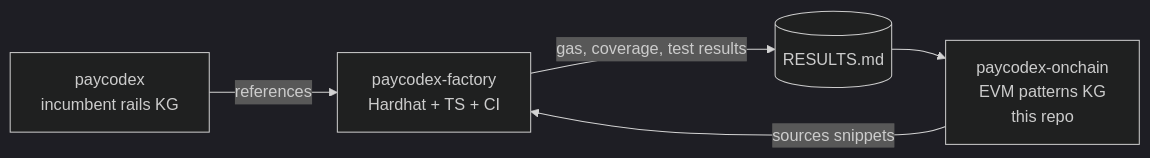
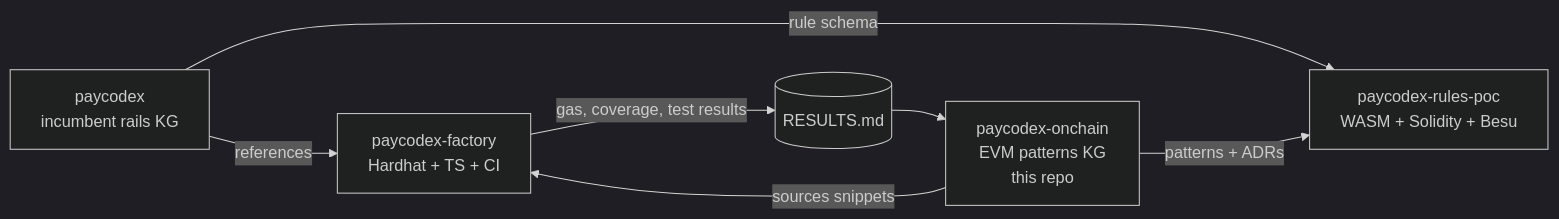
Before and after one commit to lopezpalacios/paycodex-onchain: the diagram in README.md, drawn with Mermaid (dark theme). The commit also changed other lines of this file and 17 other files, not shown here.

````diff
--- a/README.md
+++ b/README.md
@@ -125,7 +129,9 @@
 ```mermaid
 flowchart LR
     KG1[paycodex<br/>incumbent rails KG] -->|references| Factory
     KG2[paycodex-onchain<br/>EVM patterns KG<br/>this repo] -->|sources snippets| Factory[paycodex-factory<br/>Hardhat + TS + CI]
     Factory -->|gas, coverage, test results| Feedback[(RESULTS.md)]
     Feedback --> KG2
+    KG1 -->|rule schema| Rules[paycodex-rules-poc<br/>WASM + Solidity + Besu]
+    KG2 -->|patterns + ADRs| Rules
 ```
````
